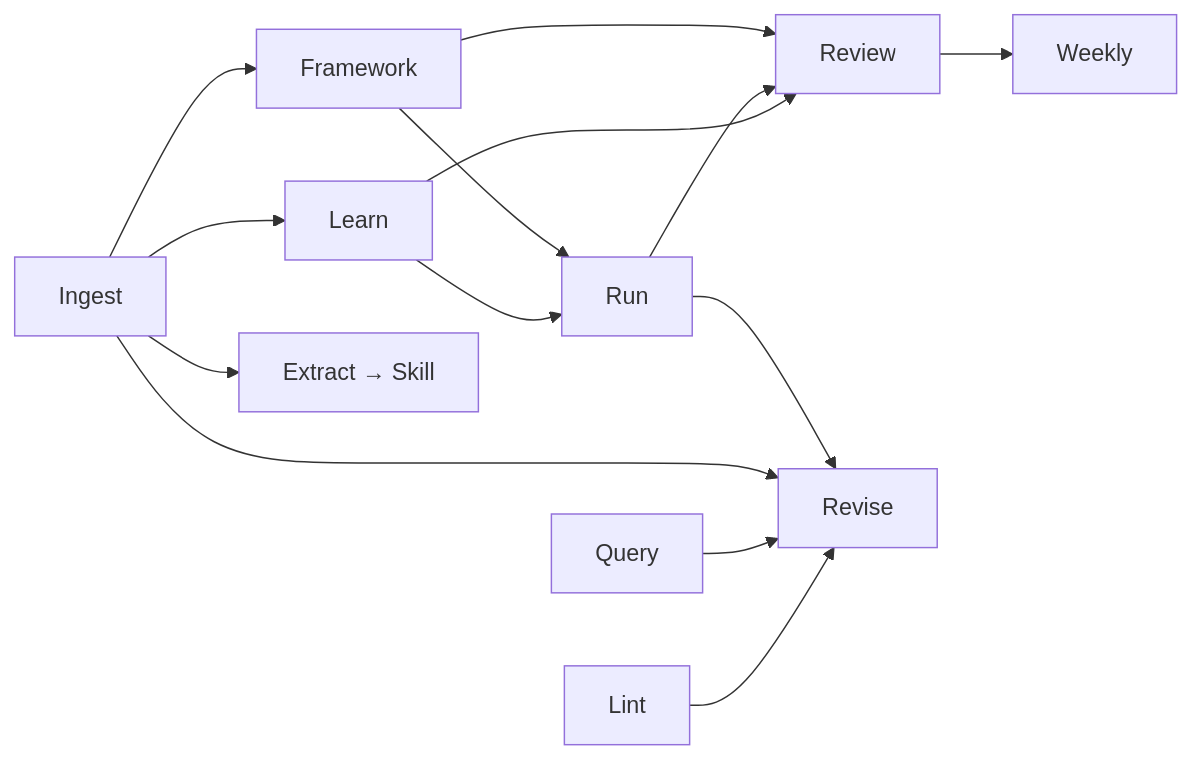
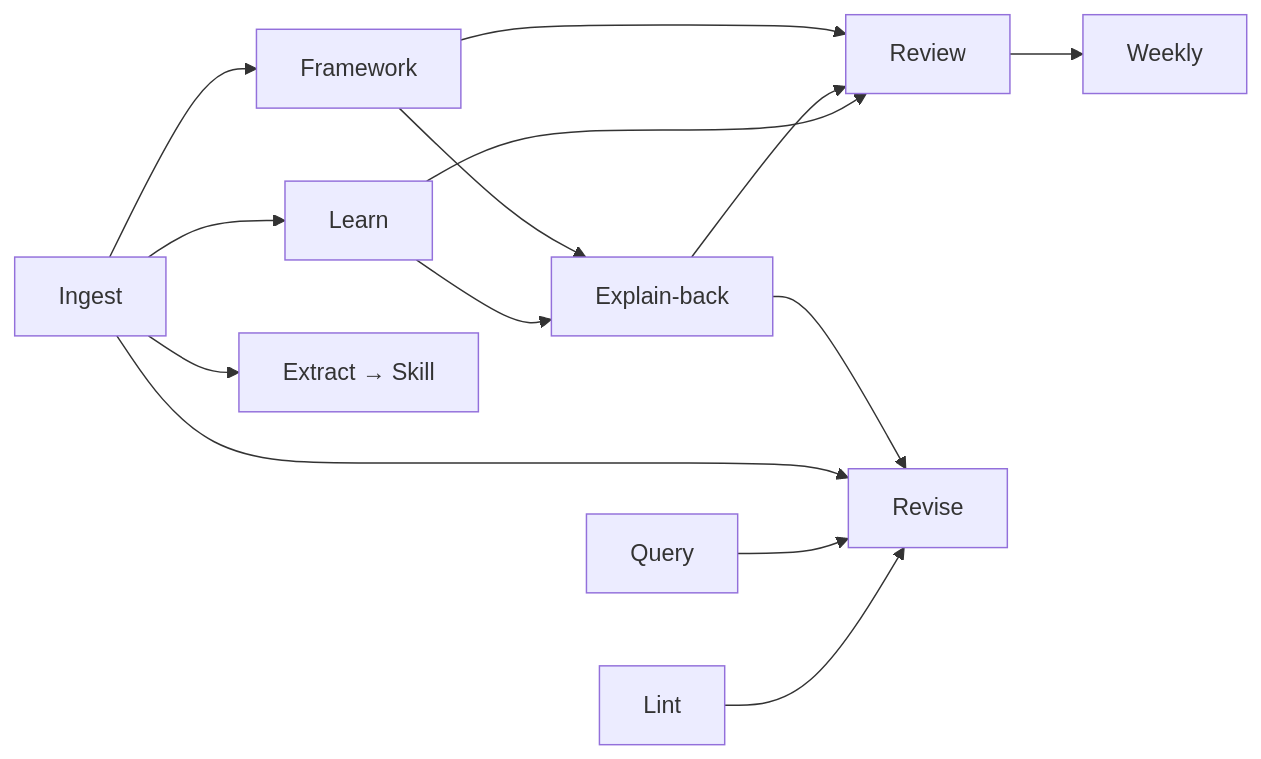
One commit to dylanchen1925/zhuomo changed the second of 3 diagrams in FRAMEWORK.md. Above: the diagram before and after it, drawn with Mermaid. The commit also changed other lines of this file and 2 other files, not shown here.

First line of the commit message:
Align FRAMEWORK with Explain-back model and add overview sync script.

````diff
--- a/FRAMEWORK.md
+++ b/FRAMEWORK.md
@@ -115,16 +115,16 @@
 ```mermaid
 flowchart LR
   IN[Ingest] --> LR[Learn]
   IN --> FW[Framework]
   IN --> EX[Extract → Skill]
-  LR --> RN[Run]
-  FW --> RN
+  LR --> EB[Explain-back]
+  FW --> EB
   LR --> RV[Review]
-  RN --> RV
+  EB --> RV
   FW --> RV
   RV --> WK[Weekly]
   LT[Lint] --> RZ[Revise]
   QY[Query] --> RZ
   IN --> RZ
-  RN --> RZ
+  EB --> RZ
 ```
````
